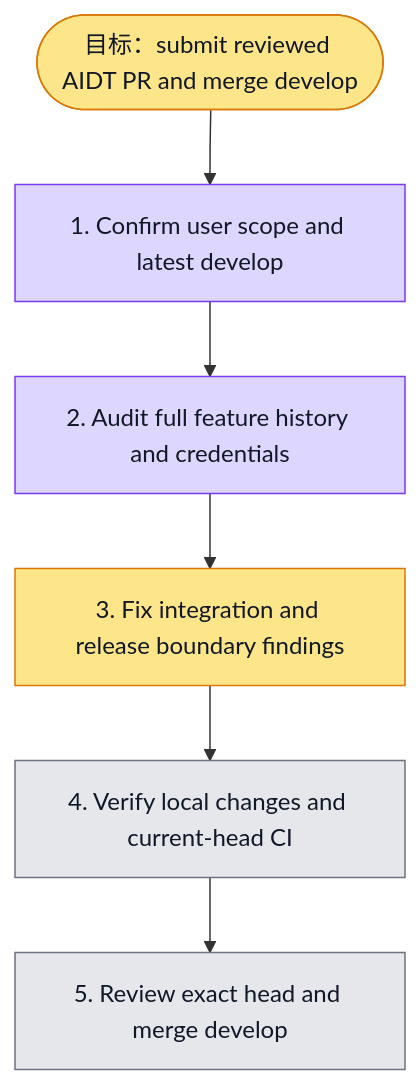
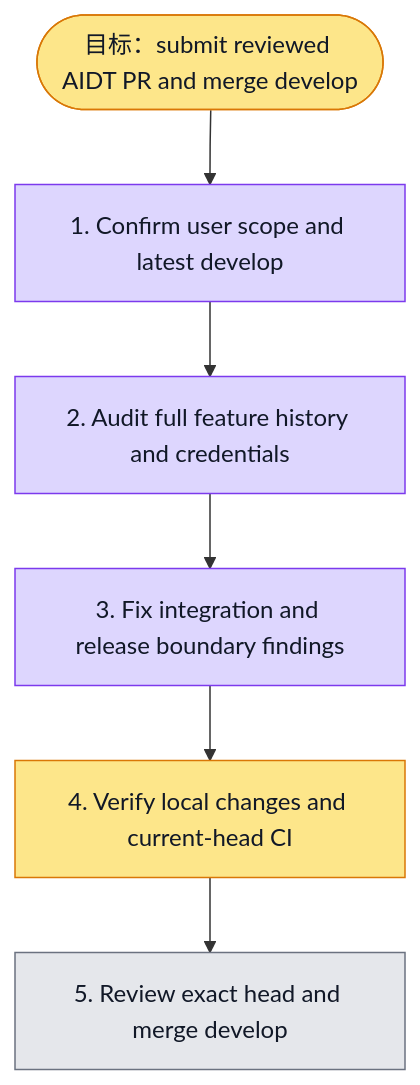
Before and after one commit to boardx/workspacex: the diagram in docs/evidence/aidt-native/pr-integration-20261117/execution.plan.md, drawn with Mermaid. The commit also changed 15 other files, not shown here.

````diff
--- a/docs/evidence/aidt-native/pr-integration-20261117/execution.plan.md
+++ b/docs/evidence/aidt-native/pr-integration-20261117/execution.plan.md
@@ -17,26 +17,27 @@
 ```mermaid
 flowchart TD
   G([目标：submit reviewed AIDT PR and merge develop])
   S1[1. Confirm user scope and latest develop]
   S2[2. Audit full feature history and credentials]
   S3[3. Fix integration and release boundary findings]
   S4[4. Verify local changes and current-head CI]
   S5[5. Review exact head and merge develop]
 
   G --> S1 --> S2 --> S3 --> S4 --> S5
 
   classDef todo fill:#e5e7eb,stroke:#6b7280,color:#111827
   classDef doing fill:#fde68a,stroke:#d97706,color:#111827
   classDef done fill:#bbf7d0,stroke:#16a34a,color:#111827
   classDef tested fill:#ddd6fe,stroke:#7c3aed,color:#111827
   classDef blocked fill:#fecaca,stroke:#dc2626,color:#111827
 
   class G doing
   class S1 tested
   %% evidence S1: git fetch latest develop and isolated merge 1a2ec212d; root instructions and user merge authorization read
   class S2 tested
   %% evidence S2: publication-audit.md and credential-history-scan.json: 94 commits / 2142 blobs, zero credential matches
-  class S3 doing
-  class S4 todo
+  class S3 tested
+  %% evidence S3: contracts1504, Web818+shared192, API625, Python241+2skip, release34+9+5; strict secret0new and route72pass receipts
+  class S4 doing
   class S5 todo
 ```
````
